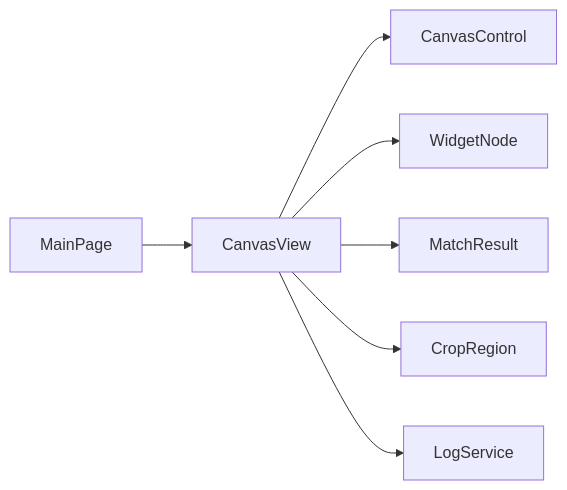
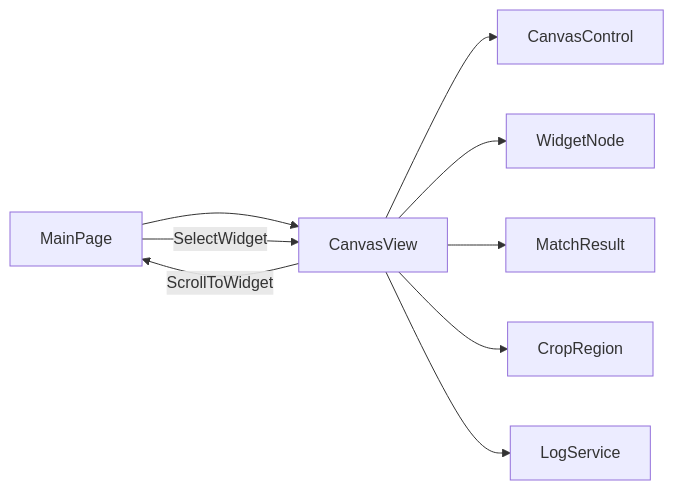
One commit to terwer/autojs6-dev-tools changed the ninth of 9 diagrams in .qoder/repowiki/zh/content/用户界面设计/Canvas 高性能渲染系统.md. Above: the diagram before and after it, drawn with Mermaid. The commit also changed other lines of this file and 10 other files, not shown here.

````diff
--- a/.qoder/repowiki/zh/content/用户界面设计/Canvas 高性能渲染系统.md
+++ b/.qoder/repowiki/zh/content/用户界面设计/Canvas 高性能渲染系统.md
@@ -335,9 +397,11 @@
 ```mermaid
 graph LR
 MP["MainPage"] --> CV["CanvasView"]
 CV --> CC["CanvasControl"]
 CV --> WN["WidgetNode"]
 CV --> MR["MatchResult"]
 CV --> CR["CropRegion"]
 CV --> LS["LogService"]
+MP --> |"SelectWidget"| CV
+CV --> |"ScrollToWidget"| MP
 ```
````
